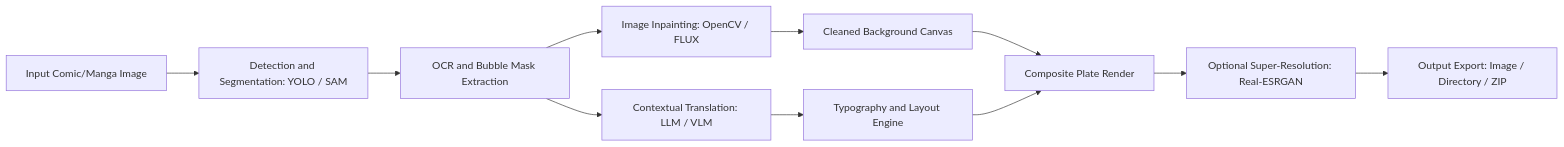
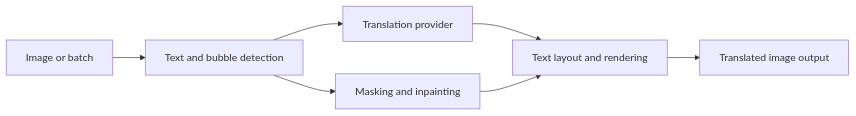
One commit to Gehrman-Sparrow42/manga-translator changed the diagram in README.md. Above: the diagram before and after it, drawn with Mermaid. The commit also changed other lines of this file, not shown here.

Commit message:
Document architecture and project workflow

````diff
--- a/README.md
+++ b/README.md
@@ -16,13 +7,9 @@
 ```mermaid
 flowchart LR
-    A[Input Comic/Manga Image] --> B[Detection and Segmentation: YOLO / SAM]
-    B --> C[OCR and Bubble Mask Extraction]
-    C --> D[Image Inpainting: OpenCV / FLUX]
-    C --> E[Contextual Translation: LLM / VLM]
-    D --> F[Cleaned Background Canvas]
-    E --> G[Typography and Layout Engine]
-    F --> H[Composite Plate Render]
-    G --> H
-    H --> I[Optional Super-Resolution: Real-ESRGAN]
-    I --> J[Output Export: Image / Directory / ZIP]
+    A[Image or batch] --> B[Text and bubble detection]
+    B --> C[Translation provider]
+    B --> D[Masking and inpainting]
+    C --> E[Text layout and rendering]
+    D --> E
+    E --> F[Translated image output]
 ```
````
